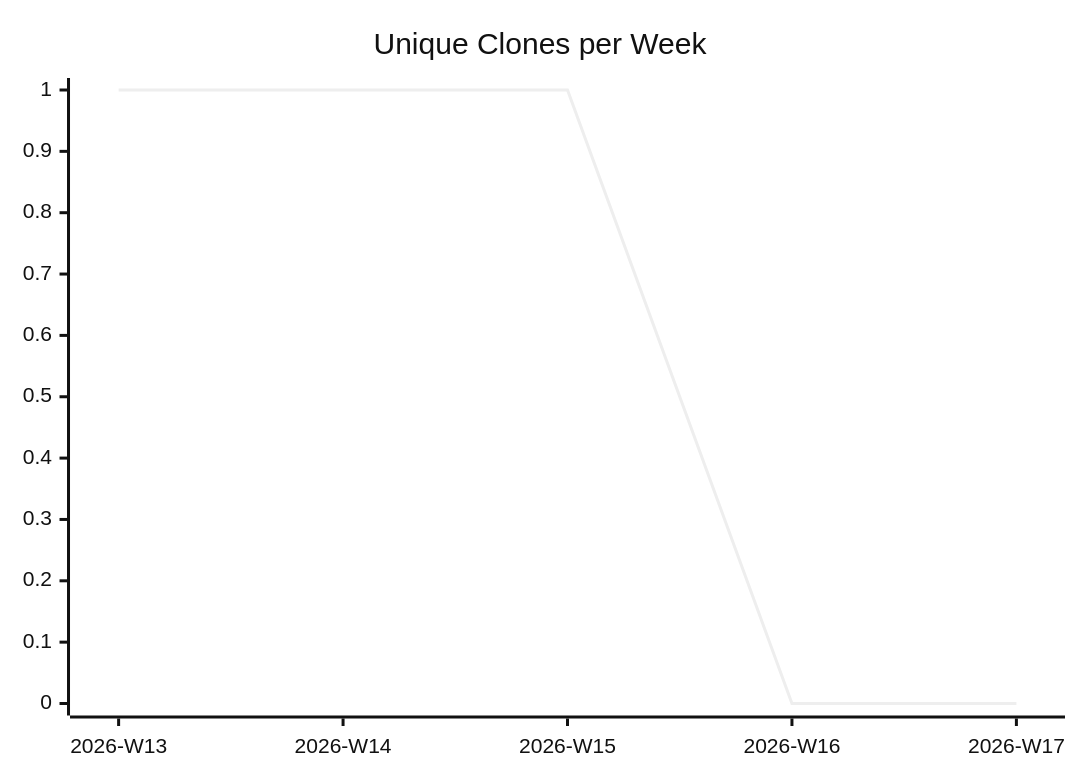
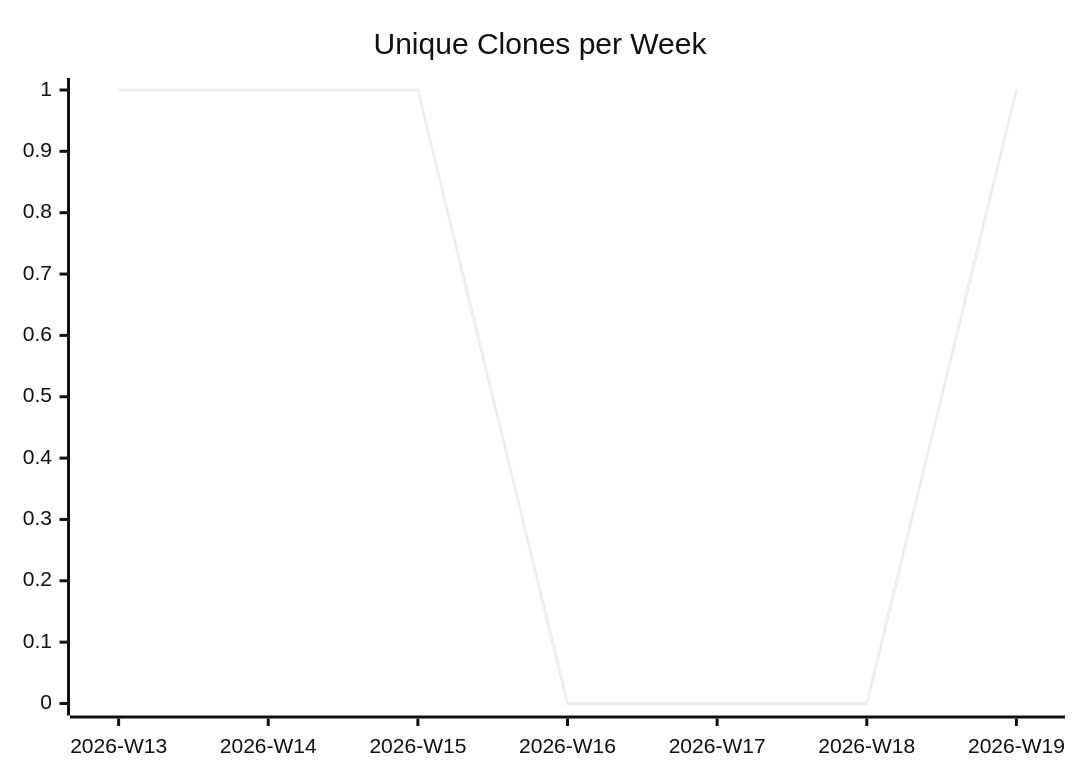
Before and after one commit to justdavis-family/github-analytics-data: the third of 3 diagrams in karlmdavis/ansible-roles/README.md, drawn with Mermaid (neutral theme). The commit also changed other lines of this file and 187 other files, not shown here.

````diff
--- a/karlmdavis/ansible-roles/README.md
+++ b/karlmdavis/ansible-roles/README.md
@@ -19,6 +19,6 @@
 ```mermaid
 xychart-beta
   title "Unique Clones per Week"
-  x-axis ["2026-W13", "2026-W14", "2026-W15", "2026-W16", "2026-W17"]
-  line [1, 1, 1, 0, 0]
+  x-axis ["2026-W13", "2026-W14", "2026-W15", "2026-W16", "2026-W17", "2026-W18", "2026-W19"]
+  line [1, 1, 1, 0, 0, 0, 1]
 ```
````
